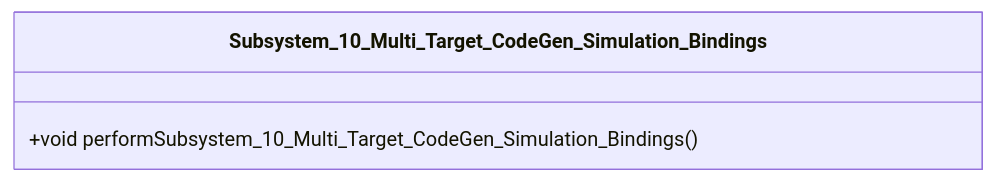
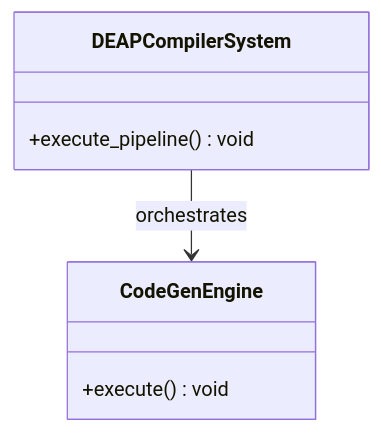
The first of 2 diagrams in docs/epics/EPIC-12-Subsystem_10_Multi_Target_CodeGen_Simulation_Bindings.md (gintatkinson/dumpiler-01), drawn with Mermaid before and after one commit. The commit also changed other lines of this file and 90 other files, not shown here.

````diff
--- a/docs/epics/EPIC-12-Subsystem_10_Multi_Target_CodeGen_Simulation_Bindings.md
+++ b/docs/epics/EPIC-12-Subsystem_10_Multi_Target_CodeGen_Simulation_Bindings.md
@@ -30,6 +53,10 @@
 ```mermaid
 classDiagram
-    class Subsystem_10_Multi_Target_CodeGen_Simulation_Bindings {
-        +void performSubsystem_10_Multi_Target_CodeGen_Simulation_Bindings()
+    class DEAPCompilerSystem {
+        +execute_pipeline() void
     }
+    class CodeGenEngine {
+        +execute() void
+    }
+    DEAPCompilerSystem --> CodeGenEngine : orchestrates
 ```
````
